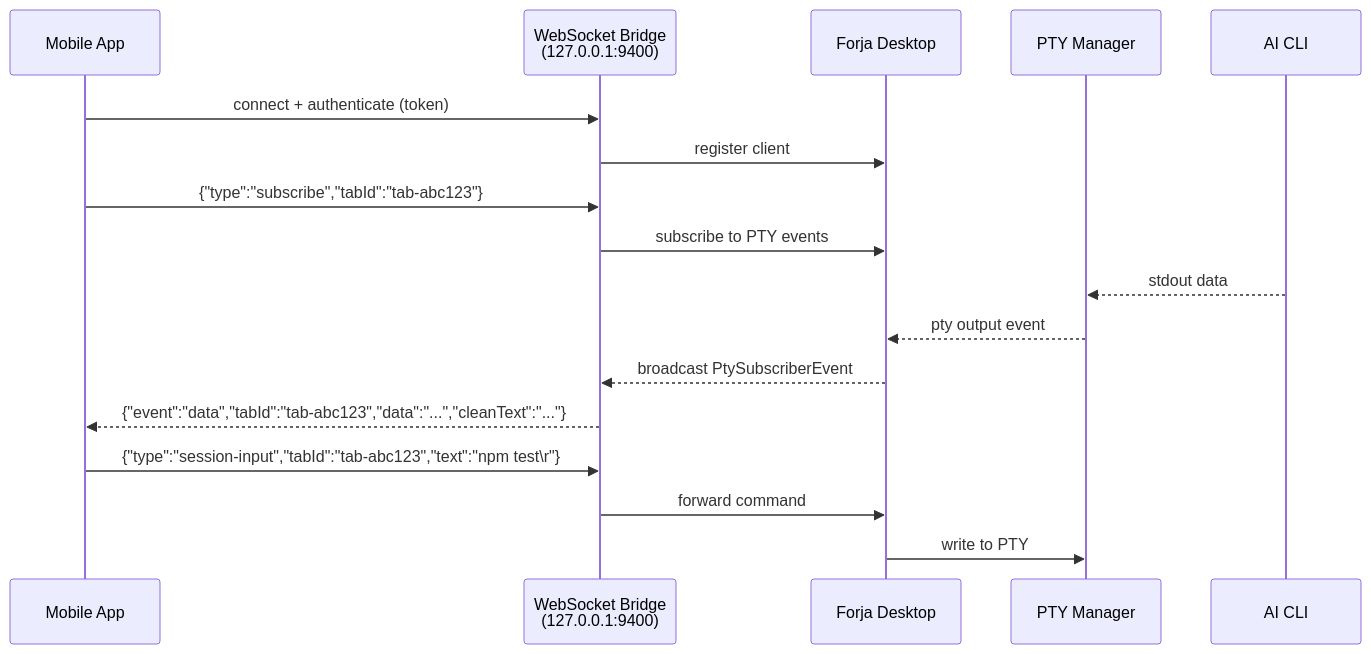
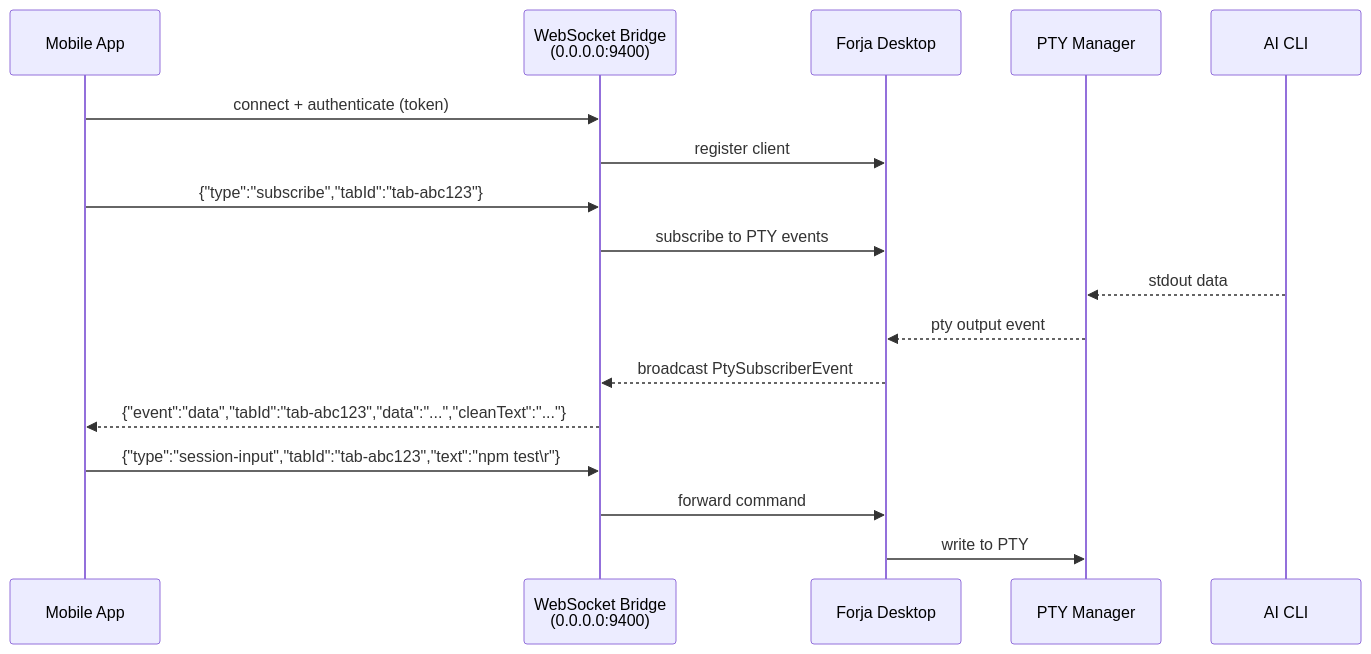
Before and after one commit to nandomoreirame/forja: the diagram in apps/docs/content/docs/external-api/websocket-bridge.mdx, drawn with Mermaid. The commit also changed other lines of this file and 1 other file, not shown here.

Commit message:
📝 docs(security): document real WebSocket bridge exposure and problem statement

````diff
--- a/apps/docs/content/docs/external-api/websocket-bridge.mdx
+++ b/apps/docs/content/docs/external-api/websocket-bridge.mdx
@@ -12,20 +12,20 @@
 ```mermaid
 sequenceDiagram
     participant M as Mobile App
-    participant WS as WebSocket Bridge<br/>(127.0.0.1:9400)
+    participant WS as WebSocket Bridge<br/>(0.0.0.0:9400)
     participant D as Forja Desktop
     participant P as PTY Manager
     participant C as AI CLI
 
     M->>WS: connect + authenticate (token)
     WS->>D: register client
     M->>WS: {"type":"subscribe","tabId":"tab-abc123"}
     WS->>D: subscribe to PTY events
     C-->>P: stdout data
     P-->>D: pty output event
     D-->>WS: broadcast PtySubscriberEvent
     WS-->>M: {"event":"data","tabId":"tab-abc123","data":"...","cleanText":"..."}
     M->>WS: {"type":"session-input","tabId":"tab-abc123","text":"npm test\r"}
     WS->>D: forward command
     D->>P: write to PTY
 ```
````
